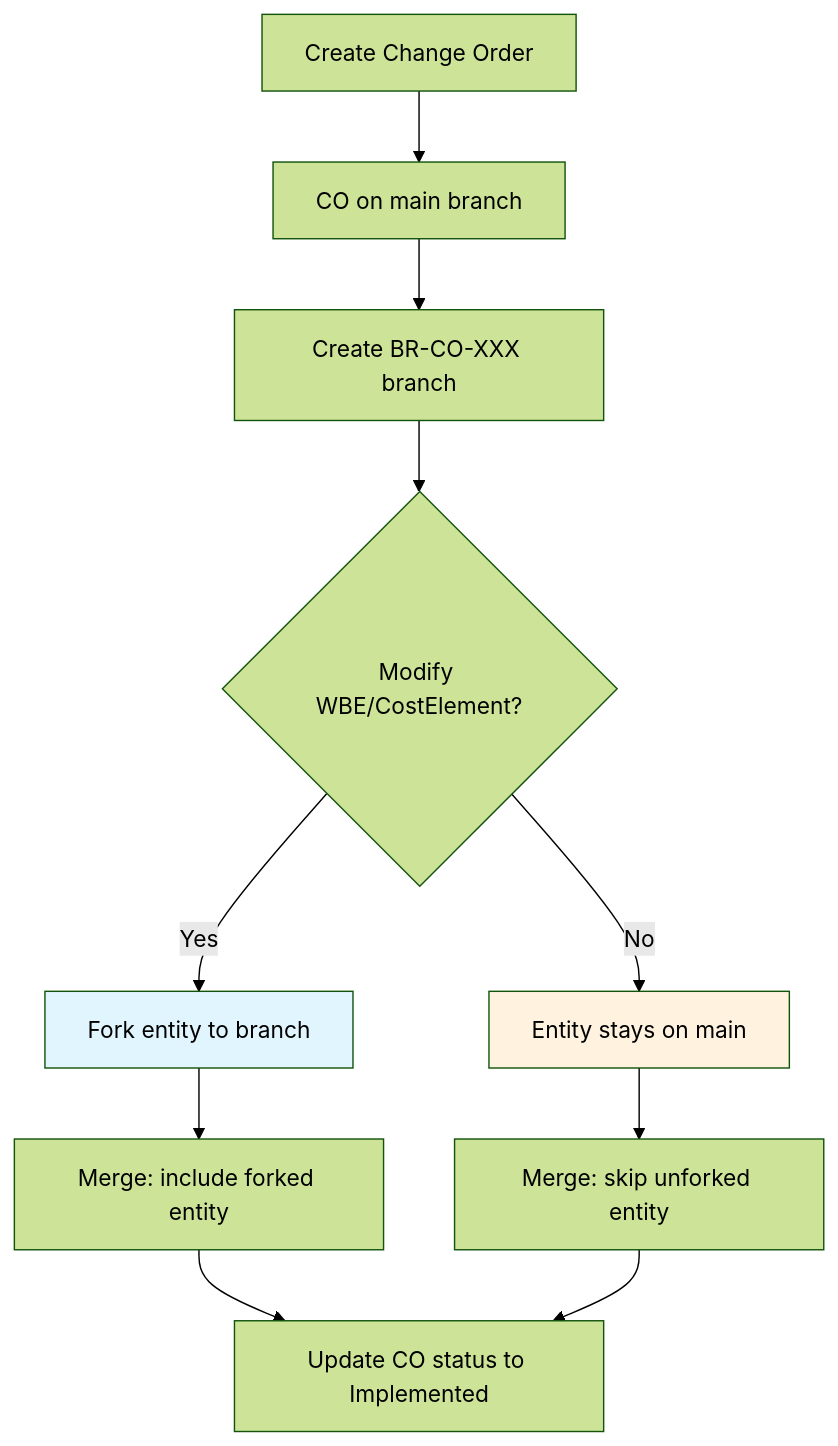
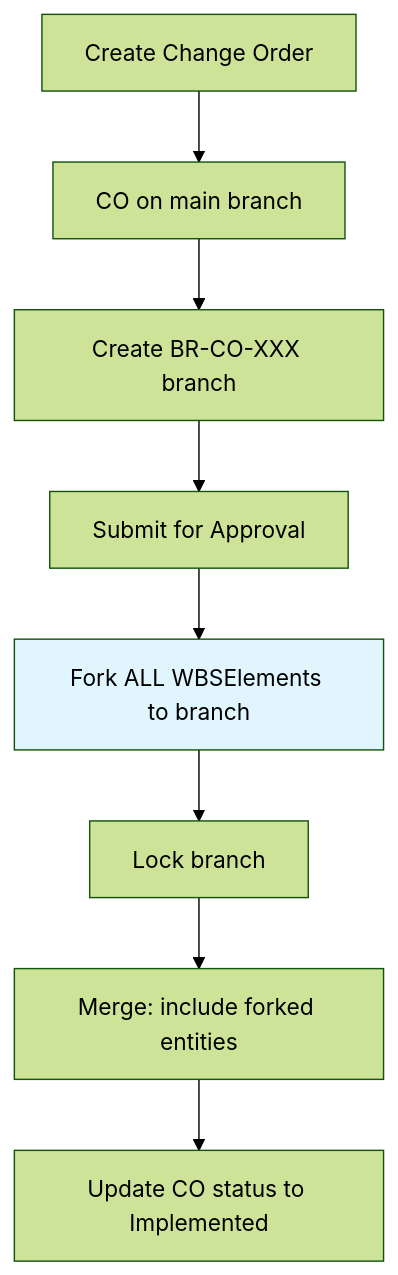
The fourth of 5 diagrams in docs/05-user-guide/change-order-workflow-guide.md (ogghst/backcast), drawn with Mermaid (forest theme) before and after one commit. The commit also changed other lines of this file and 17 other files, not shown here.

First line of the commit message:
docs: sync user guides and architecture docs with current entity model

````diff
--- a/docs/05-user-guide/change-order-workflow-guide.md
+++ b/docs/05-user-guide/change-order-workflow-guide.md
@@ -354,15 +385,12 @@
 ```mermaid
 flowchart TD
     A[Create Change Order] --> B[CO on main branch]
     B --> C[Create BR-CO-XXX branch]
-    C --> D{Modify WBE/CostElement?}
-    D -->|Yes| E[Fork entity to branch]
-    D -->|No| F[Entity stays on main]
-    E --> G[Merge: include forked entity]
-    F --> H[Merge: skip unforked entity]
-    G --> I[Update CO status to Implemented]
-    H --> I
+    C --> D[Submit for Approval]
+    D --> E[Fork ALL WBSElements to branch]
+    E --> F[Lock branch]
+    F --> G[Merge: include forked entities]
+    G --> H[Update CO status to Implemented]
 
     style E fill:#e1f5fe
-    style F fill:#fff3e0
 ```
````
